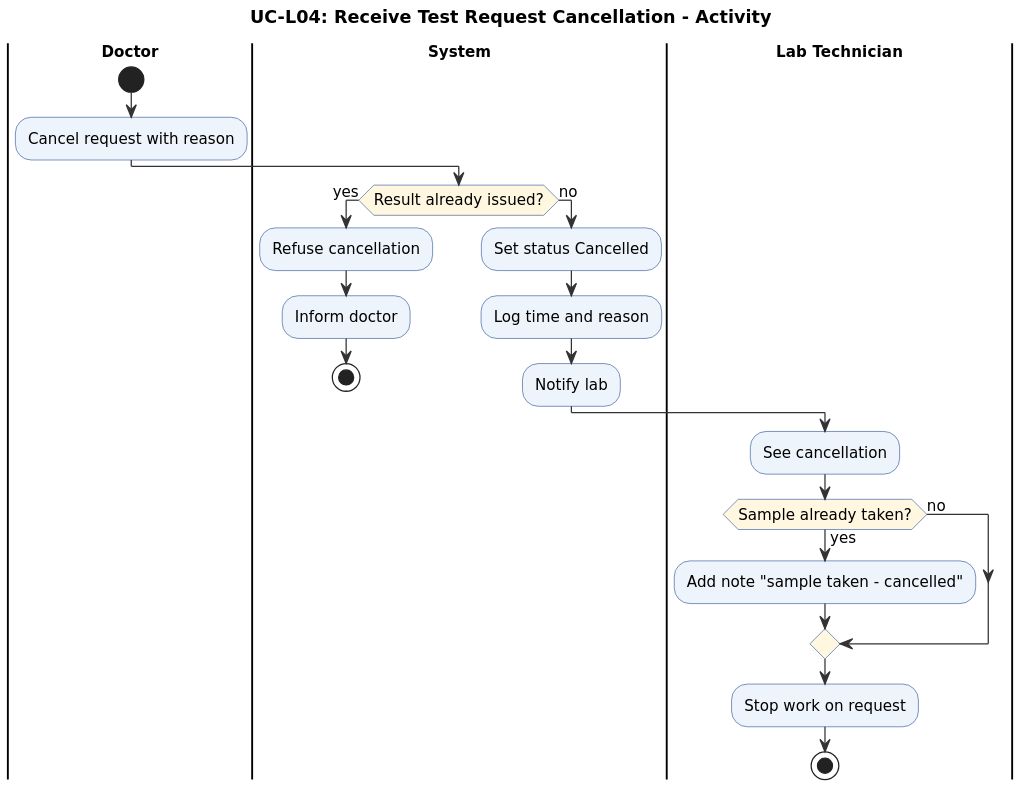
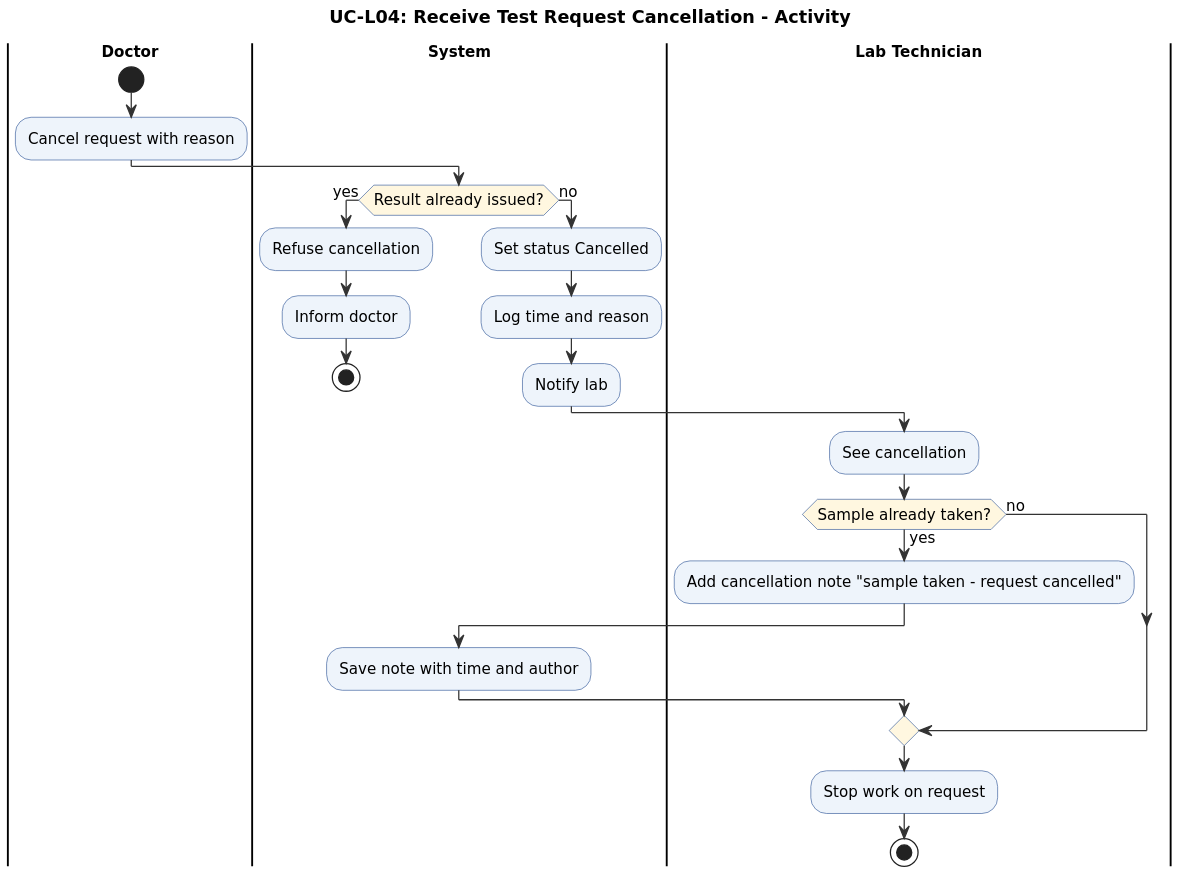
Before and after one commit to aymansl/HCMS: the diagram in docs/diagrams/UC-L04_act.puml, drawn with PlantUML. The commit also changed 19 other files, not shown here.

Commit message:
feat(lab): receive lab request cancellation from doctor (L4)

```diff
--- a/docs/diagrams/UC-L04_act.puml
+++ b/docs/diagrams/UC-L04_act.puml
@@ -1,41 +1,44 @@
 @startuml
 skinparam dpi 170
 skinparam shadowing false
 skinparam defaultFontName DejaVu Sans
 skinparam defaultFontSize 12
 skinparam ArrowColor #333333
 skinparam ActivityBackgroundColor #EEF4FB
 skinparam ActivityBorderColor #2F5597
 skinparam ActivityDiamondBackgroundColor #FFF7E0
 skinparam SwimlaneTitleFontStyle bold
 skinparam ParticipantBackgroundColor #EEF4FB
 skinparam ParticipantBorderColor #2F5597
 skinparam SequenceLifeLineBorderColor #888888
 skinparam UsecaseBackgroundColor #EEF4FB
 skinparam UsecaseBorderColor #2F5597
 skinparam ActorBorderColor #2F5597
 skinparam DatabaseBackgroundColor #EEF4FB
 skinparam SequenceGroupHeaderFontStyle bold
 title UC-L04: Receive Test Request Cancellation - Activity
 |Doctor|
 start
 :Cancel request with reason;
 |System|
 if (Result already issued?) then (yes)
   :Refuse cancellation;
   :Inform doctor;
   stop
 else (no)
   :Set status Cancelled;
   :Log time and reason;
   :Notify lab;
 endif
 |Lab Technician|
 :See cancellation;
 if (Sample already taken?) then (yes)
-  :Add note "sample taken - cancelled";
+  :Add cancellation note "sample taken - request cancelled";
+  |System|
+  :Save note with time and author;
+  |Lab Technician|
 else (no)
 endif
 :Stop work on request;
 stop
 @enduml
```
